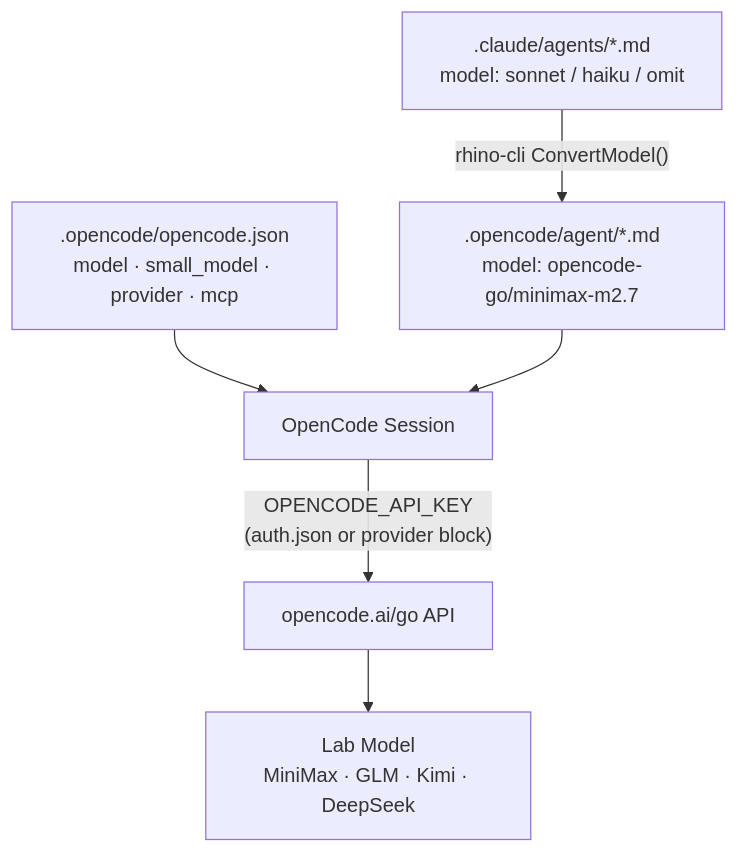
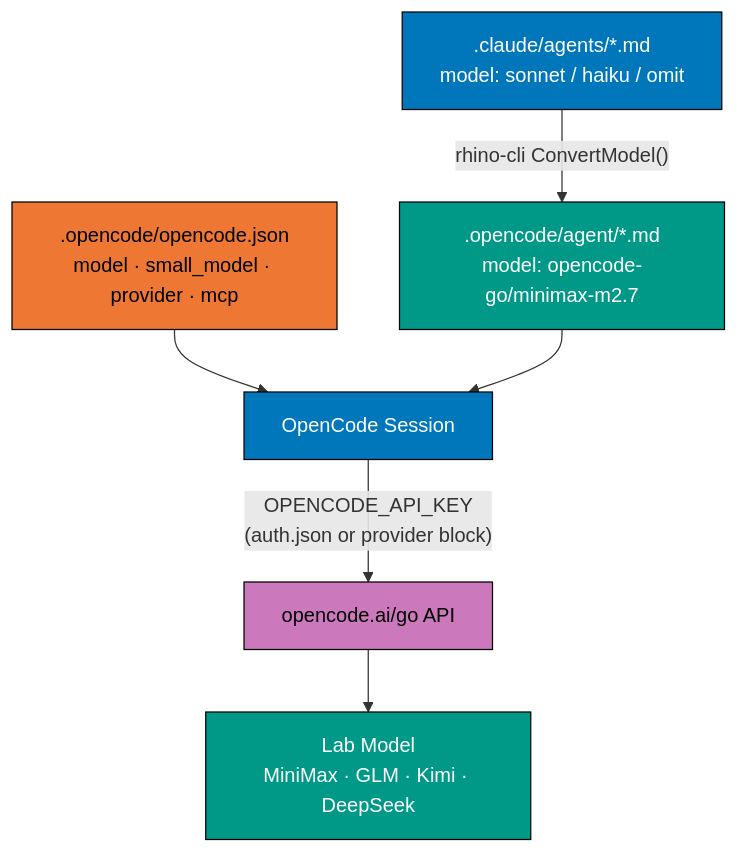
The first of 3 diagrams in plans/in-progress/2026-04-30__adopt-opencode-go/tech-docs.md (wahidyankf/ose-public), drawn with Mermaid before and after one commit. The commit also changed other lines of this file and 4 other files, not shown here.

````diff
--- a/plans/in-progress/2026-04-30__adopt-opencode-go/tech-docs.md
+++ b/plans/in-progress/2026-04-30__adopt-opencode-go/tech-docs.md
@@ -19,8 +19,14 @@
 ```mermaid
 flowchart TD
     A[".claude/agents/*.md\nmodel: sonnet / haiku / omit"] -->|"rhino-cli ConvertModel()"| B[".opencode/agent/*.md\nmodel: opencode-go/minimax-m2.7"]
     C[".opencode/opencode.json\nmodel · small_model · provider · mcp"] --> D["OpenCode Session"]
     B --> D
     D -->|"OPENCODE_API_KEY\n(auth.json or provider block)"| E["opencode.ai/go API"]
     E --> F["Lab Model\nMiniMax · GLM · Kimi · DeepSeek"]
+    style A fill:#0077BB,stroke:#000000,color:#FFFFFF
+    style B fill:#009988,stroke:#000000,color:#FFFFFF
+    style C fill:#EE7733,stroke:#000000,color:#000000
+    style D fill:#0077BB,stroke:#000000,color:#FFFFFF
+    style E fill:#CC78BC,stroke:#000000,color:#000000
+    style F fill:#009988,stroke:#000000,color:#FFFFFF
 ```
````
